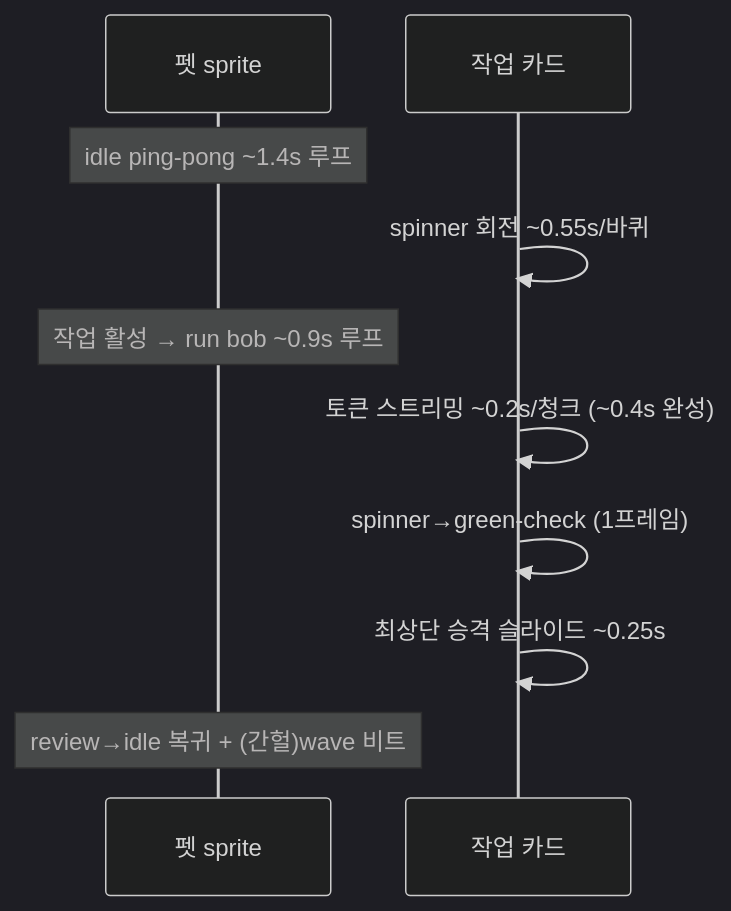
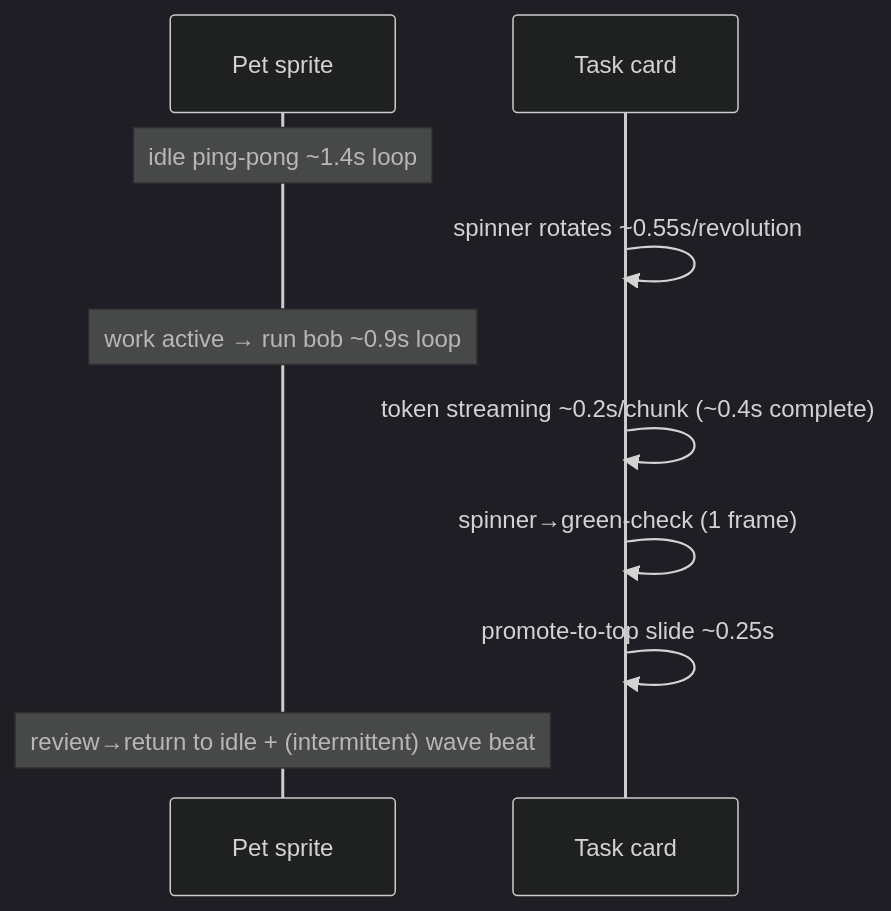
Before and after one commit to amsminn/Claude-Pet: the eighth of 8 diagrams in docs/04-pet-ui/pet-and-cards.md, drawn with Mermaid (dark theme). The commit also changed other lines of this file and 48 other files, not shown here.

````diff
--- a/docs/04-pet-ui/pet-and-cards.md
+++ b/docs/04-pet-ui/pet-and-cards.md
@@ -432,12 +432,12 @@
 ```mermaid
 sequenceDiagram
-    participant Pet as 펫 sprite
-    participant Card as 작업 카드
-    Note over Pet: idle ping-pong ~1.4s 루프
-    Card->>Card: spinner 회전 ~0.55s/바퀴
-    Note over Pet: 작업 활성 → run bob ~0.9s 루프
-    Card->>Card: 토큰 스트리밍 ~0.2s/청크 (~0.4s 완성)
-    Card->>Card: spinner→green-check (1프레임)
-    Card->>Card: 최상단 승격 슬라이드 ~0.25s
-    Note over Pet: review→idle 복귀 + (간헐)wave 비트
+    participant Pet as Pet sprite
+    participant Card as Task card
+    Note over Pet: idle ping-pong ~1.4s loop
+    Card->>Card: spinner rotates ~0.55s/revolution
+    Note over Pet: work active → run bob ~0.9s loop
+    Card->>Card: token streaming ~0.2s/chunk (~0.4s complete)
+    Card->>Card: spinner→green-check (1 frame)
+    Card->>Card: promote-to-top slide ~0.25s
+    Note over Pet: review→return to idle + (intermittent) wave beat
 ```
````
